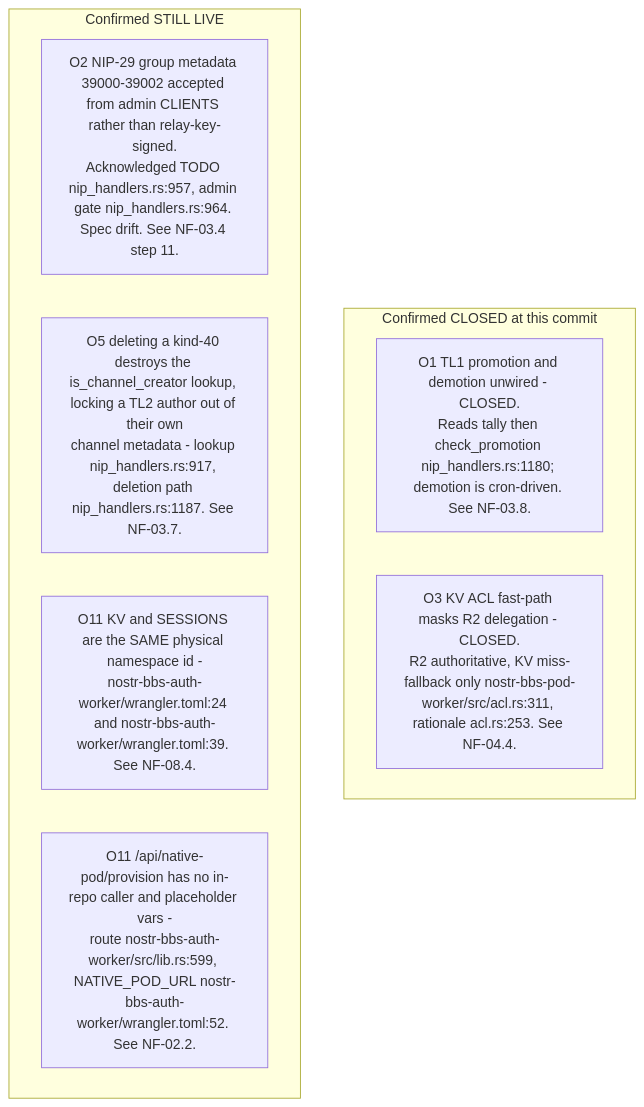
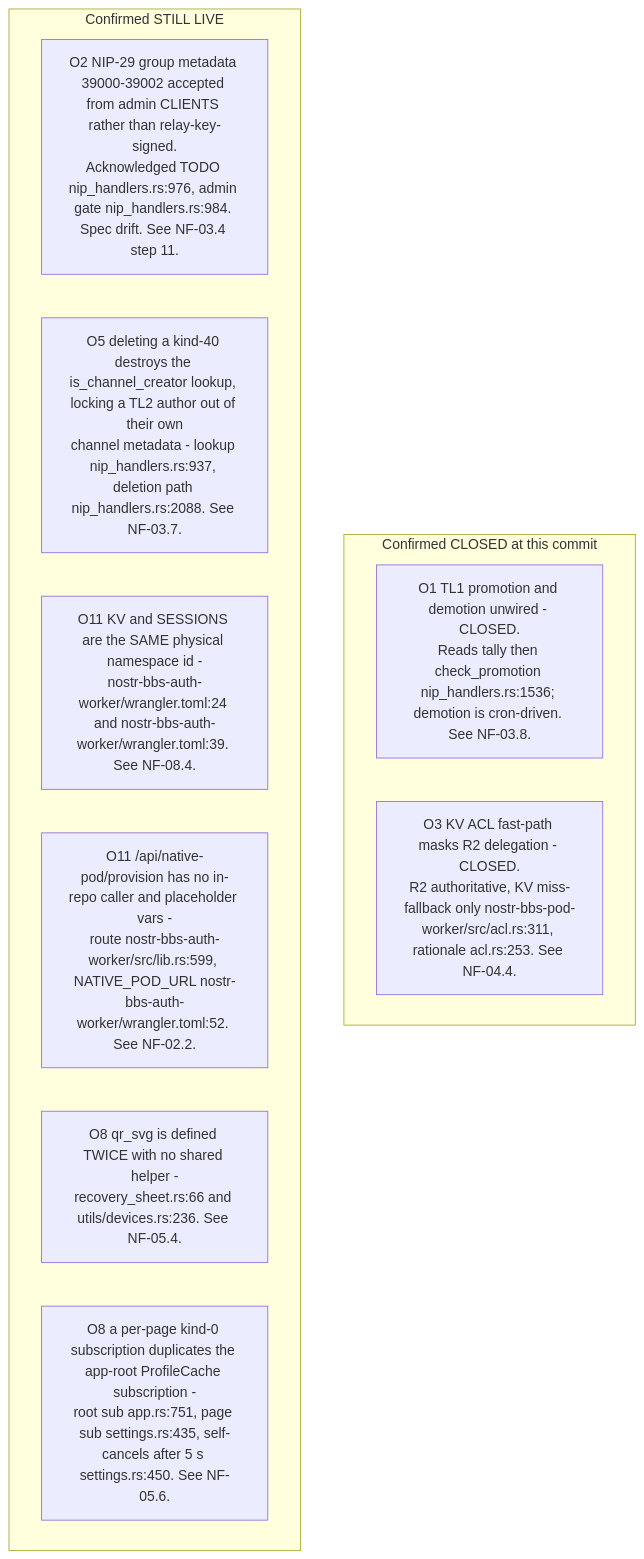
The third of 10 diagrams in docs/diagrams/nostr-rust-forum/10-invariants-and-anomaly-register.md (DreamLab-AI/VisionFlow), drawn with Mermaid before and after one commit. The commit also changed other lines of this file and 136 other files, not shown here.

First line of the commit message:
docs(diagrams): refresh the whole corpus to code HEAD and prune low-value diagrams

````diff
--- a/docs/diagrams/nostr-rust-forum/10-invariants-and-anomaly-register.md
+++ b/docs/diagrams/nostr-rust-forum/10-invariants-and-anomaly-register.md
@@ -91,13 +88,15 @@
 ```mermaid
 flowchart TB
     subgraph closed["Confirmed CLOSED at this commit"]
-        O1["O1 TL1 promotion and demotion unwired - CLOSED.<br/>Reads tally then check_promotion nip_handlers.rs:1180; demotion is cron-driven. See NF-03.8."]
+        O1["O1 TL1 promotion and demotion unwired - CLOSED.<br/>Reads tally then check_promotion nip_handlers.rs:1536; demotion is cron-driven. See NF-03.8."]
         O3["O3 KV ACL fast-path masks R2 delegation - CLOSED.<br/>R2 authoritative, KV miss-fallback only nostr-bbs-pod-worker/src/acl.rs:311, rationale acl.rs:253. See NF-04.4."]
     end
     subgraph live["Confirmed STILL LIVE"]
-        O2["O2 NIP-29 group metadata 39000-39002 accepted from admin CLIENTS rather than relay-key-signed.<br/>Acknowledged TODO nip_handlers.rs:957, admin gate nip_handlers.rs:964. Spec drift. See NF-03.4 step 11."]
-        O5["O5 deleting a kind-40 destroys the is_channel_creator lookup, locking a TL2 author out of their own<br/>channel metadata - lookup nip_handlers.rs:917, deletion path nip_handlers.rs:1187. See NF-03.7."]
+        O2["O2 NIP-29 group metadata 39000-39002 accepted from admin CLIENTS rather than relay-key-signed.<br/>Acknowledged TODO nip_handlers.rs:976, admin gate nip_handlers.rs:984. Spec drift. See NF-03.4 step 11."]
+        O5["O5 deleting a kind-40 destroys the is_channel_creator lookup, locking a TL2 author out of their own<br/>channel metadata - lookup nip_handlers.rs:937, deletion path nip_handlers.rs:2088. See NF-03.7."]
         O11a["O11 KV and SESSIONS are the SAME physical namespace id -<br/>nostr-bbs-auth-worker/wrangler.toml:24 and nostr-bbs-auth-worker/wrangler.toml:39. See NF-08.4."]
         O11b["O11 /api/native-pod/provision has no in-repo caller and placeholder vars -<br/>route nostr-bbs-auth-worker/src/lib.rs:599, NATIVE_POD_URL nostr-bbs-auth-worker/wrangler.toml:52. See NF-02.2."]
+        O8a["O8 qr_svg is defined TWICE with no shared helper -<br/>recovery_sheet.rs:66 and utils/devices.rs:236. See NF-05.4."]
+        O8b["O8 a per-page kind-0 subscription duplicates the app-root ProfileCache subscription -<br/>root sub app.rs:751, page sub settings.rs:435, self-cancels after 5 s settings.rs:450. See NF-05.6."]
     end
 ```
````
